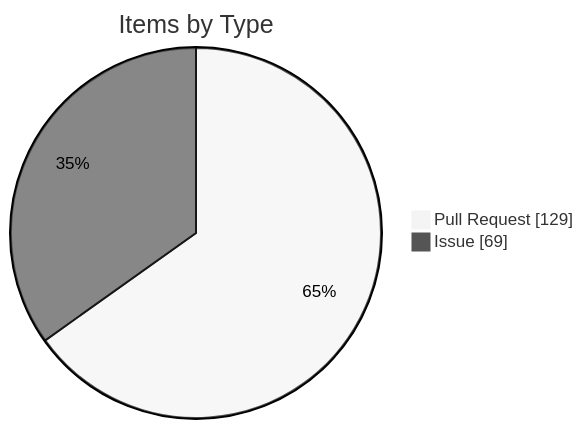
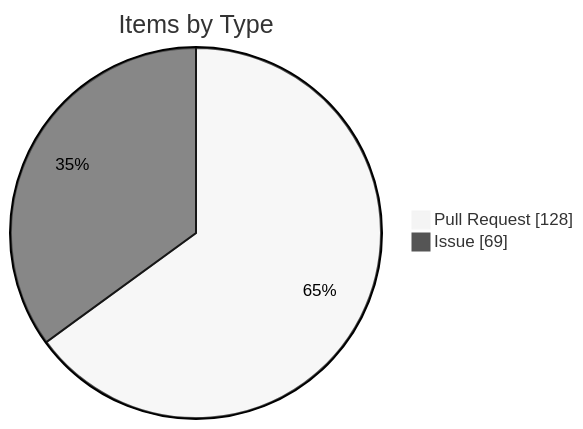
Before and after one commit to KBVE/kbve: the fourth of 4 diagrams in apps/kbve/astro-kbve/src/content/docs/dashboard/kanban-data.mdx, drawn with Mermaid (neutral theme). The commit also changed other lines of this file and 8 other files, not shown here.

````diff
--- a/apps/kbve/astro-kbve/src/content/docs/dashboard/kanban-data.mdx
+++ b/apps/kbve/astro-kbve/src/content/docs/dashboard/kanban-data.mdx
@@ -116,6 +116,6 @@
 ```mermaid
 pie showData
     title Items by Type
-    "Pull Request" : 129
+    "Pull Request" : 128
     "Issue" : 69
 ```
````
